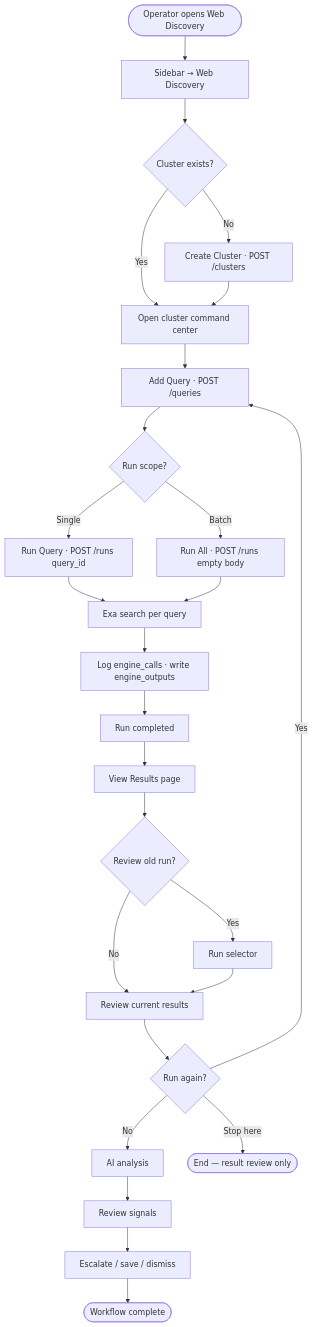
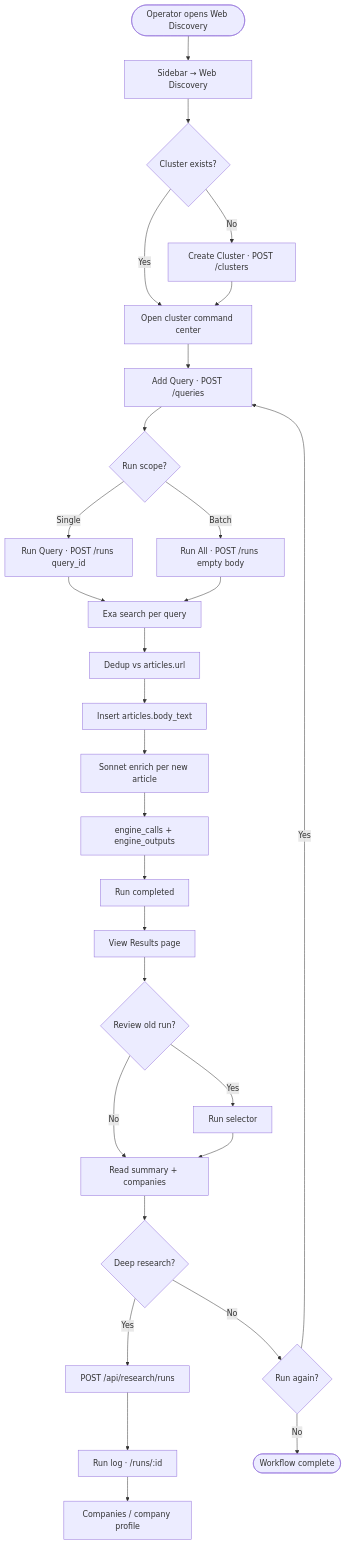
Before and after one commit to Growth-Maschine/NORAD-INTEL-ENGINE-V1: the first of 2 diagrams in docs/phase-1/P1-01-admin.md, drawn with Mermaid. The commit also changed other lines of this file and 12 other files, not shown here.

Commit message:
docs(phase-1): align P1-00 through P1-06 with current single-app build Update workflows, objects, fields, screens, and backend actions to match Web Discovery enrich, Deep research, and retired Today page features.

````diff
--- a/docs/phase-1/P1-01-admin.md
+++ b/docs/phase-1/P1-01-admin.md
@@ -236,32 +265,35 @@
 ```mermaid
 flowchart TD
     START([Operator opens Web Discovery]) --> NAV[Sidebar → Web Discovery]
     NAV --> CREATE{Cluster exists?}
     CREATE -->|No| NEW[Create Cluster · POST /clusters]
     CREATE -->|Yes| OPEN[Open cluster command center]
     NEW --> OPEN
 
     OPEN --> ADD[Add Query · POST /queries]
     ADD --> RUNSCOPE{Run scope?}
     RUNSCOPE -->|Single| RUN1[Run Query · POST /runs query_id]
     RUNSCOPE -->|Batch| RUNALL[Run All · POST /runs empty body]
 
     RUN1 --> EXA[Exa search per query]
     RUNALL --> EXA
-    EXA --> ENGINE[Log engine_calls · write engine_outputs]
+    EXA --> DEDUP[Dedup vs articles.url]
+    DEDUP --> ART[Insert articles.body_text]
+    ART --> ENRICH[Sonnet enrich per new article]
+    ENRICH --> ENGINE[engine_calls + engine_outputs]
     ENGINE --> DONE[Run completed]
 
     DONE --> RESULTS[View Results page]
     RESULTS --> HIST{Review old run?}
     HIST -->|Yes| SELECTOR[Run selector]
-    HIST -->|No| REVIEW[Review current results]
+    HIST -->|No| REVIEW[Read summary + companies]
     SELECTOR --> REVIEW
 
-    REVIEW --> RERUN{Run again?}
+    REVIEW --> DR{Deep research?}
+    DR -->|Yes| RESEARCH[POST /api/research/runs]
+    DR -->|No| RERUN{Run again?}
+    RESEARCH --> RUNLOG[Run log · /runs/:id]
+    RUNLOG --> COMP[Companies / company profile]
     RERUN -->|Yes| ADD
-    RERUN -->|No| AI[AI analysis]
-    AI --> SIGNAL[Review signals]
-    SIGNAL --> DISPO[Escalate / save / dismiss]
-    DISPO --> END([Workflow complete])
-    RERUN -->|Stop here| END2([End — result review only])
+    RERUN -->|No| END([Workflow complete])
 ```
````
